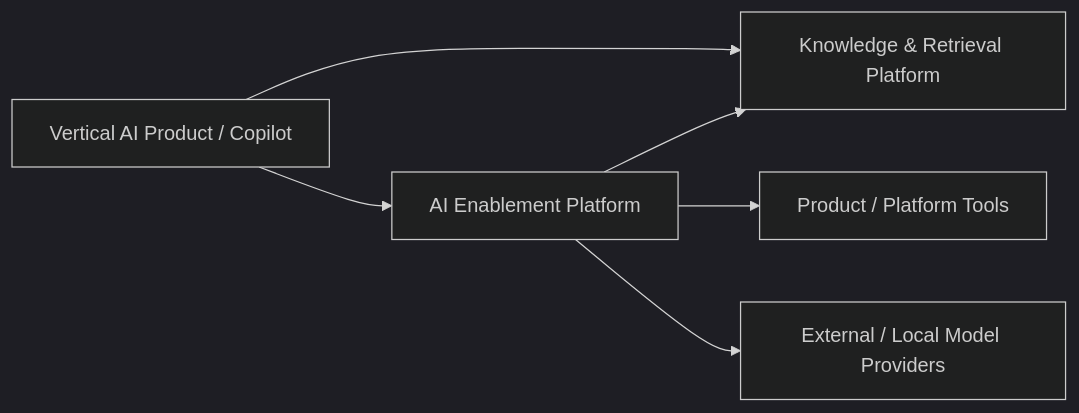
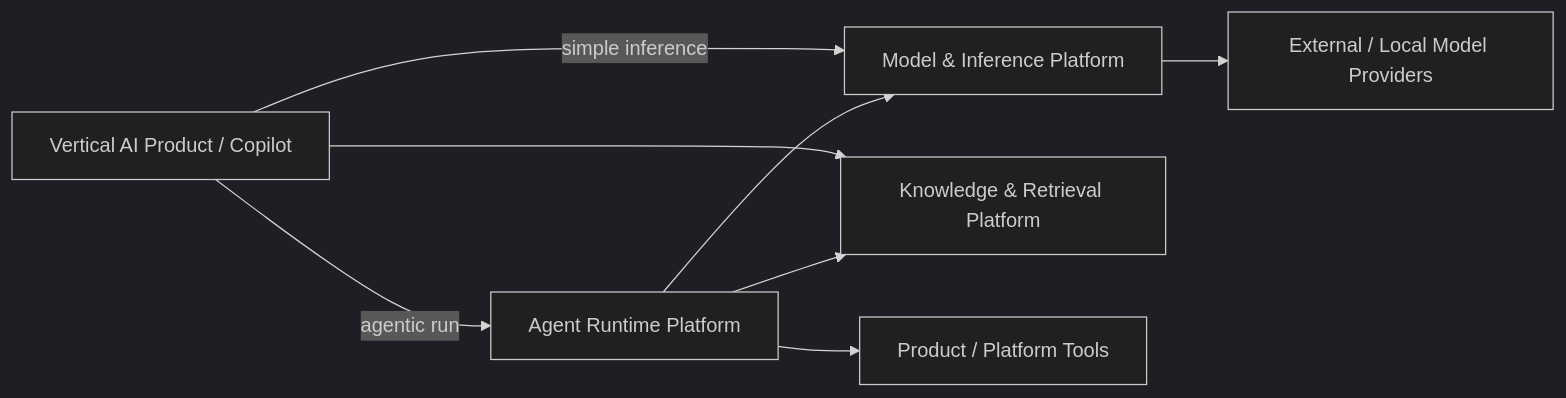
One commit to anshacerbia2/scnehaux-architecture changed the second of 2 diagrams in 01-enterprise/EAD-002-enterprise-system-landscape.md. Above: the diagram before and after it, drawn with Mermaid (dark theme). The commit also changed other lines of this file and 30 other files, not shown here.

Commit message:
refine platform execution and AI architecture

````diff
--- a/01-enterprise/EAD-002-enterprise-system-landscape.md
+++ b/01-enterprise/EAD-002-enterprise-system-landscape.md
@@ -203,14 +207,17 @@
 ```mermaid
 graph LR
     PRODUCT[Vertical AI Product / Copilot]
-    AIP[AI Enablement Platform]
+    MODEL[Model & Inference Platform]
+    AGENT[Agent Runtime Platform]
     KRP[Knowledge & Retrieval Platform]
     TOOLS[Product / Platform Tools]
     PROVIDERS[External / Local Model Providers]
 
-    PRODUCT --> AIP
+    PRODUCT -->|simple inference| MODEL
+    PRODUCT -->|agentic run| AGENT
     PRODUCT --> KRP
-    AIP --> KRP
-    AIP --> TOOLS
-    AIP --> PROVIDERS
+    AGENT --> MODEL
+    AGENT --> KRP
+    AGENT --> TOOLS
+    MODEL --> PROVIDERS
 ```
````
